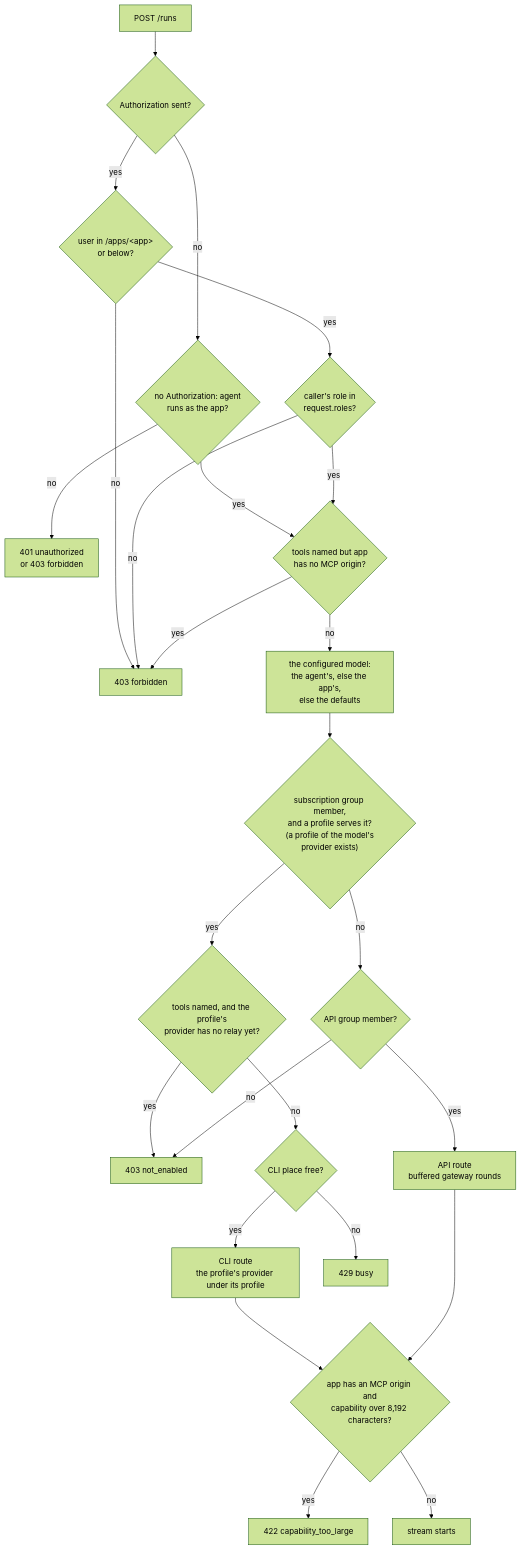
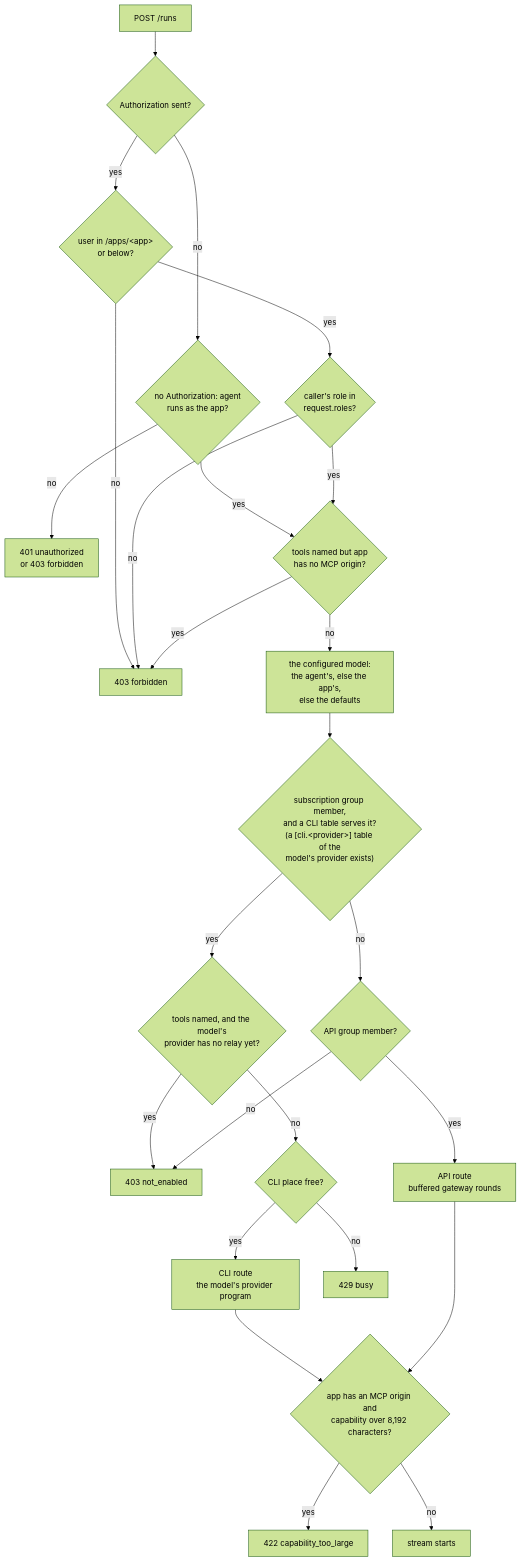
The second of 2 diagrams in docs/ARCHITECTURE.md (overnightworks/agent-runtime), drawn with Mermaid (forest theme) before and after one commit. The commit also changed 31 other files, not shown here.

````diff
--- a/docs/ARCHITECTURE.md
+++ b/docs/ARCHITECTURE.md
@@ -64,27 +64,27 @@
 ```mermaid
 flowchart TB
     request["POST /runs"] --> credential{"Authorization sent?"}
     credential -->|no| own{"no Authorization: agent<br/>runs as the app?"}
     own -->|no| refused["401 unauthorized<br/>or 403 forbidden"]
     own -->|yes| tools
     credential -->|yes| gate{"user in /apps/&lt;app&gt;<br/>or below?"}
     gate -->|no| forbidden["403 forbidden"]
     gate -->|yes| role{"caller's role in<br/>request.roles?"}
     role -->|no| forbidden
     role -->|yes| tools{"tools named but app<br/>has no MCP origin?"}
     tools -->|yes| forbidden
     tools -->|no| model["the configured model:<br/>the agent's, else the app's,<br/>else the defaults"]
-    model --> subscription{"subscription group member,<br/>and a profile serves it?<br/>(a profile of the model's<br/>provider exists)"}
-    subscription -->|yes| relay{"tools named, and the profile's<br/>provider has no relay yet?"}
+    model --> subscription{"subscription group member,<br/>and a CLI table serves it?<br/>(a [cli.&lt;provider&gt;] table of the<br/>model's provider exists)"}
+    subscription -->|yes| relay{"tools named, and the model's<br/>provider has no relay yet?"}
     relay -->|yes| notenabled
     relay -->|no| slot{"CLI place free?"}
-    slot -->|yes| cli["CLI route<br/>the profile's provider under its profile"]
+    slot -->|yes| cli["CLI route<br/>the model's provider program"]
     slot -->|no| busy["429 busy"]
     subscription -->|no| api{"API group member?"}
     api -->|yes| paid["API route<br/>buffered gateway rounds"]
     api -->|no| notenabled["403 not_enabled"]
     cli --> size{"app has an MCP origin and<br/>capability over 8,192 characters?"}
     paid --> size
     size -->|yes| toolarge["422 capability_too_large"]
     size -->|no| run["stream starts"]
 ```
````
